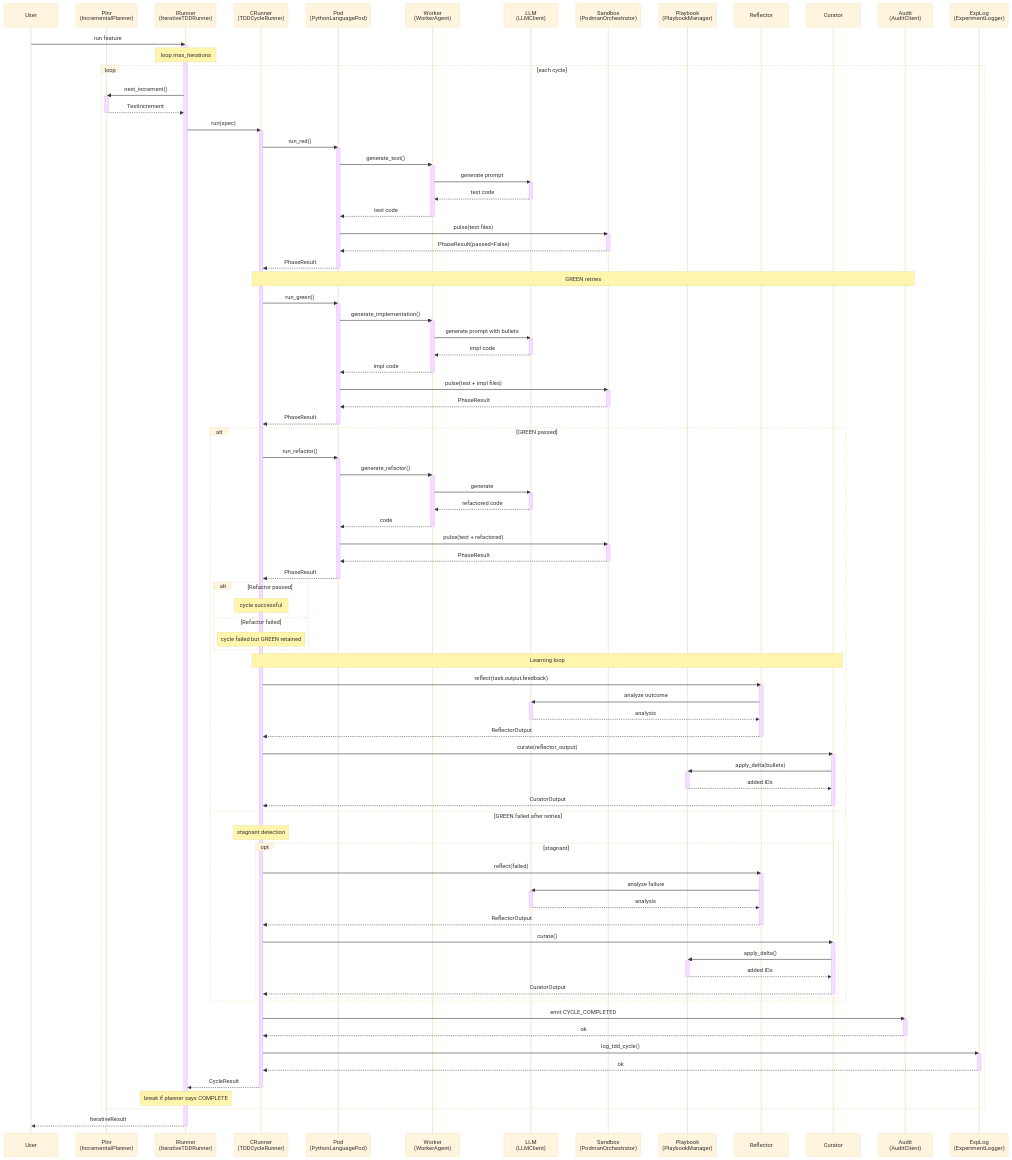
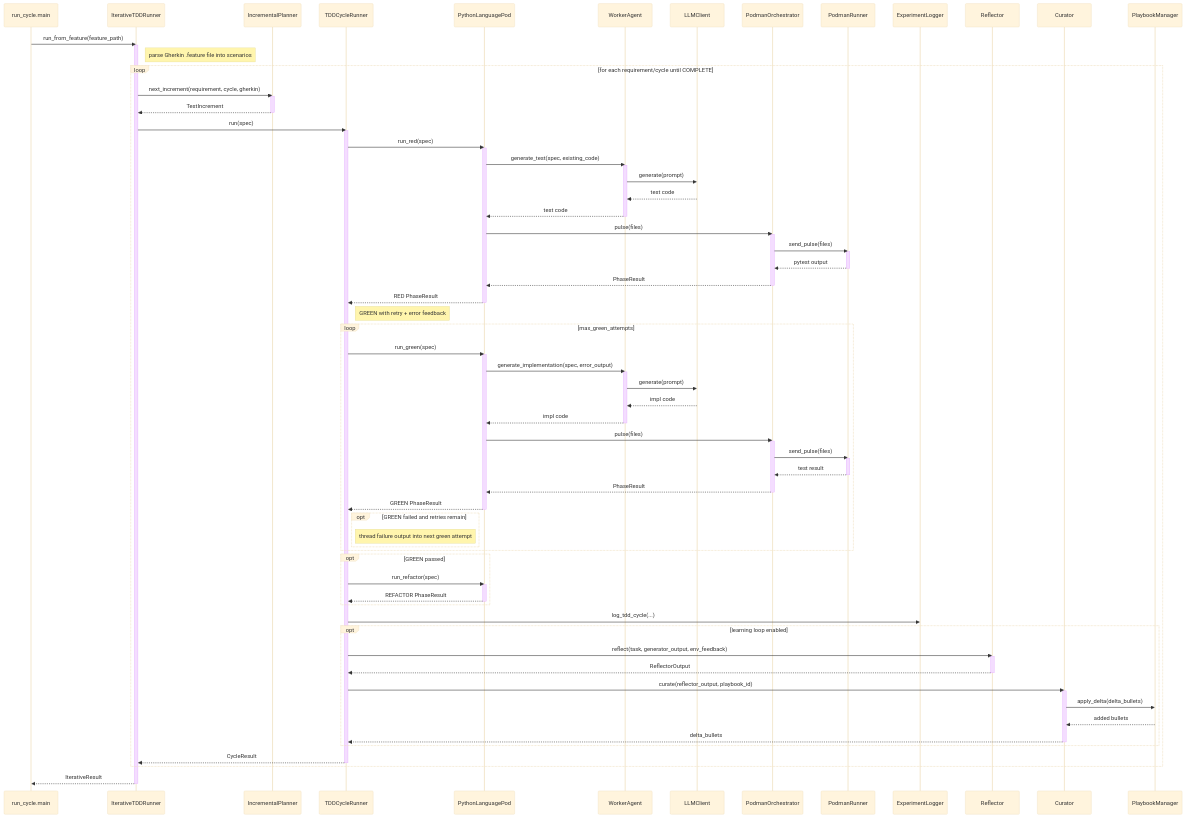
Before and after one commit to carlhuxley/ace_enterprise: the diagram in docs/SYSTEM_ARCHITECTURE.md, drawn with Mermaid (base theme). The commit also changed other lines of this file and 11 other files, not shown here.

````diff
--- a/docs/SYSTEM_ARCHITECTURE.md
+++ b/docs/SYSTEM_ARCHITECTURE.md
@@ -35,134 +42,93 @@
 ```mermaid
 sequenceDiagram
-    participant User
-    participant Plnr as Plnr<br>(IncrementalPlanner)
-    participant IRunner as IRunner<br>(IterativeTDDRunner)
-    participant CRunner as CRunner<br>(TDDCycleRunner)
-    participant Pod as Pod<br>(PythonLanguagePod)
-    participant Worker as Worker<br>(WorkerAgent)
-    participant LLM as LLM<br>(LLMClient)
-    participant Sandbox as Sandbox<br>(PodmanOrchestrator)
-    participant Playbook as Playbook<br>(PlaybookManager)
-    participant Reflector as Reflector
-    participant Curator as Curator
-    participant Audit as Audit<br>(AuditClient)
-    participant ExpLog as ExpLog<br>(ExperimentLogger)
+    participant Main as run_cycle.main
+    participant ITDDR as IterativeTDDRunner
+    participant Planner as IncrementalPlanner
+    participant CR as TDDCycleRunner
+    participant Pod as PythonLanguagePod
+    participant Worker as WorkerAgent
+    participant LLM as LLMClient
+    participant Orch as PodmanOrchestrator
+    participant Runn as PodmanRunner
+    participant Logger as ExperimentLogger
+    participant Refl as Reflector
+    participant Cur as Curator
+    participant PB as PlaybookManager
 
-    User->>IRunner: run feature
-    activate IRunner
-    Note over IRunner: loop max_iterations
-    loop each cycle
-        IRunner->>Plnr: next_increment()
-        activate Plnr
-        Plnr-->>IRunner: TestIncrement
-        deactivate Plnr
-        IRunner->>CRunner: run(spec)
-        activate CRunner
-        CRunner->>Pod: run_red()
+    Main->>ITDDR: run_from_feature(feature_path)
+    activate ITDDR
+    Note right of ITDDR: parse Gherkin .feature file into scenarios
+    loop for each requirement/cycle until COMPLETE
+        ITDDR->>Planner: next_increment(requirement, cycle, gherkin)
+        activate Planner
+        Planner-->>ITDDR: TestIncrement
+        deactivate Planner
+        ITDDR->>CR: run(spec)
+        activate CR
+        CR->>Pod: run_red(spec)
         activate Pod
-        Pod->>Worker: generate_test()
+        Pod->>Worker: generate_test(spec, existing_code)
         activate Worker
-        Worker->>LLM: generate prompt
-        activate LLM
+        Worker->>LLM: generate(prompt)
         LLM-->>Worker: test code
-        deactivate LLM
         Worker-->>Pod: test code
         deactivate Worker
-        Pod->>Sandbox: pulse(test files)
-        activate Sandbox
-        Sandbox-->>Pod: PhaseResult(passed=False)
-        deactivate Sandbox
-        Pod-->>CRunner: PhaseResult
+        Pod->>Orch: pulse(files)
+        activate Orch
+        Orch->>Runn: send_pulse(files)
+        activate Runn
+        Runn-->>Orch: pytest output
+        deactivate Runn
+        Orch-->>Pod: PhaseResult
+        deactivate Orch
+        Pod-->>CR: RED PhaseResult
         deactivate Pod
-        Note over CRunner,Audit: GREEN retries
-        CRunner->>Pod: run_green()
-        activate Pod
-        Pod->>Worker: generate_implementation()
-        activate Worker
-        Worker->>LLM: generate prompt with bullets
-        activate LLM
-        LLM-->>Worker: impl code
-        deactivate LLM
-        Worker-->>Pod: impl code
-        deactivate Worker
-        Pod->>Sandbox: pulse(test + impl files)
-        activate Sandbox
-        Sandbox-->>Pod: PhaseResult
-        deactivate Sandbox
-        Pod-->>CRunner: PhaseResult
-        deactivate Pod
-        alt GREEN passed
-            CRunner->>Pod: run_refactor()
+        Note right of CR: GREEN with retry + error feedback
+        loop max_green_attempts
+            CR->>Pod: run_green(spec)
             activate Pod
-            Pod->>Worker: generate_refactor()
+            Pod->>Worker: generate_implementation(spec, error_output)
             activate Worker
-            Worker->>LLM: generate
-            activate LLM
-            LLM-->>Worker: refactored code
-            deactivate LLM
-            Worker-->>Pod: code
+            Worker->>LLM: generate(prompt)
+            LLM-->>Worker: impl code
+            Worker-->>Pod: impl code
             deactivate Worker
-            Pod->>Sandbox: pulse(test + refactored)
-            activate Sandbox
-            Sandbox-->>Pod: PhaseResult
-            deactivate Sandbox
-            Pod-->>CRunner: PhaseResult
+            Pod->>Orch: pulse(files)
+            activate Orch
+            Orch->>Runn: send_pulse(files)
+            activate Runn
+            Runn-->>Orch: test result
+            deactivate Runn
+            Orch-->>Pod: PhaseResult
+            deactivate Orch
+            Pod-->>CR: GREEN PhaseResult
             deactivate Pod
-            alt Refactor passed
-                Note over CRunner: cycle successful
-            else Refactor failed
-                Note over CRunner: cycle failed but GREEN retained
-            end
-            Note over CRunner,Curator: Learning loop
-            CRunner->>Reflector: reflect(task,output,feedback)
-            activate Reflector
-            Reflector->>LLM: analyze outcome
-            activate LLM
-            LLM-->>Reflector: analysis
-            deactivate LLM
-            Reflector-->>CRunner: ReflectorOutput
-            deactivate Reflector
-            CRunner->>Curator: curate(reflector_output)
-            activate Curator
-            Curator->>Playbook: apply_delta(bullets)
-            activate Playbook
-            Playbook-->>Curator: added IDs
-            deactivate Playbook
-            Curator-->>CRunner: CuratorOutput
-            deactivate Curator
-        else GREEN failed after retries
-            Note over CRunner: stagnant detection
-            opt stagnant
-                CRunner->>Reflector: reflect(failed)
-                activate Reflector
-                Reflector->>LLM: analyze failure
-                activate LLM
-                LLM-->>Reflector: analysis
-                deactivate LLM
-                Reflector-->>CRunner: ReflectorOutput
-                deactivate Reflector
-                CRunner->>Curator: curate()
-                activate Curator
-                Curator->>Playbook: apply_delta()
-                activate Playbook
-                Playbook-->>Curator: added IDs
-                deactivate Playbook
-                Curator-->>CRunner: CuratorOutput
-                deactivate Curator
+            opt GREEN failed and retries remain
+                Note right of CR: thread failure output into next green attempt
             end
         end
-        CRunner->>Audit: emit CYCLE_COMPLETED
-        activate Audit
-        Audit-->>CRunner: ok
-        deactivate Audit
-        CRunner->>ExpLog: log_tdd_cycle()
-        activate ExpLog
-        ExpLog-->>CRunner: ok
-        deactivate ExpLog
-        CRunner-->>IRunner: CycleResult
-        deactivate CRunner
-        Note over IRunner: break if planner says COMPLETE
+        opt GREEN passed
+            CR->>Pod: run_refactor(spec)
+            activate Pod
+            Pod-->>CR: REFACTOR PhaseResult
+            deactivate Pod
+        end
+        CR->>Logger: log_tdd_cycle(...)
+        opt learning loop enabled
+            CR->>Refl: reflect(task, generator_output, env_feedback)
+            activate Refl
+            Refl-->>CR: ReflectorOutput
+            deactivate Refl
+            CR->>Cur: curate(reflector_output, playbook_id)
+            activate Cur
+            Cur->>PB: apply_delta(delta_bullets)
+            PB-->>Cur: added bullets
+            Cur-->>CR: delta_bullets
+            deactivate Cur
+        end
+        CR-->>ITDDR: CycleResult
+        deactivate CR
     end
-    IRunner-->>User: IterativeResult
-    deactivate IRunner
+    ITDDR-->>Main: IterativeResult
+    deactivate ITDDR
 ```
````
